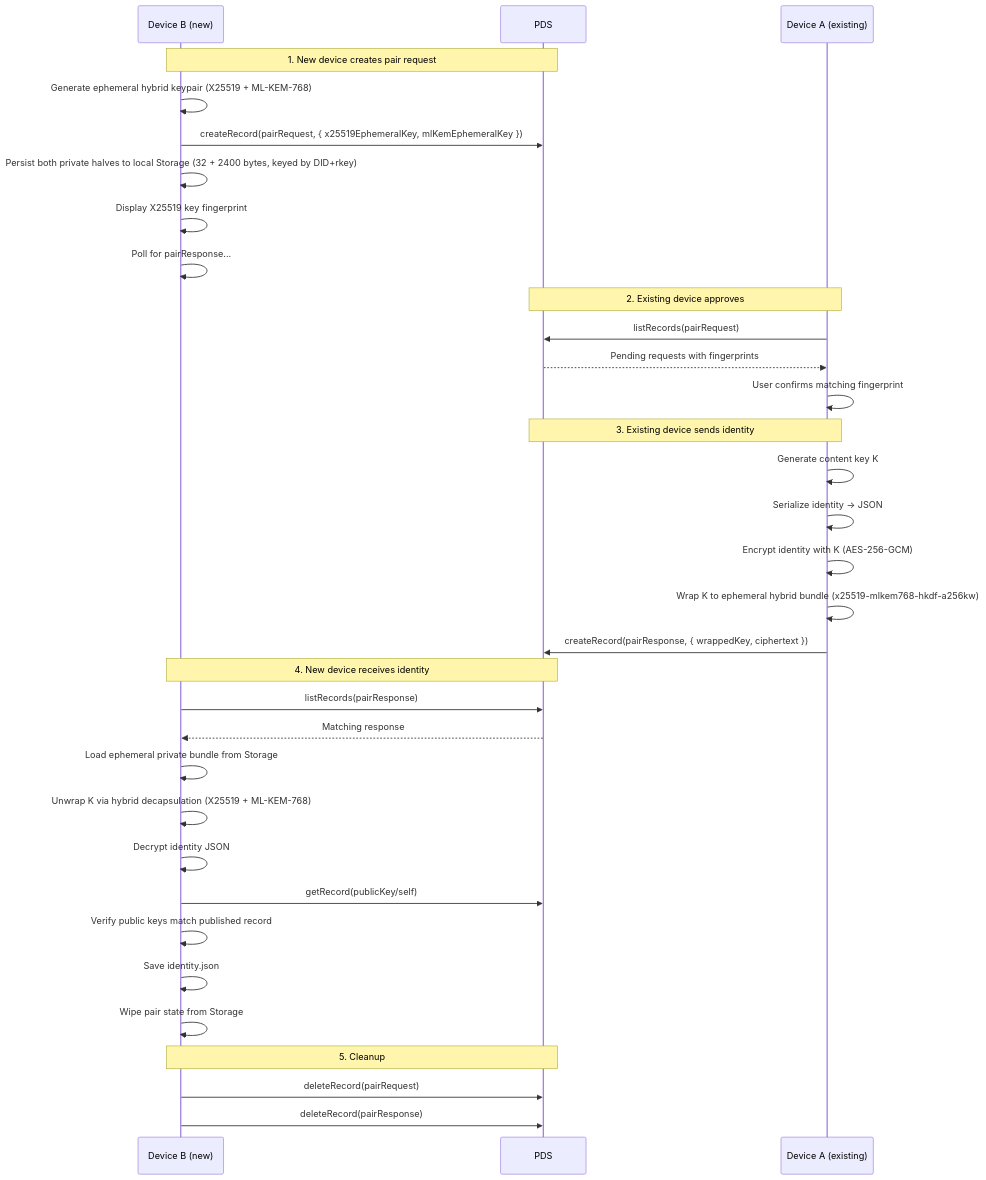
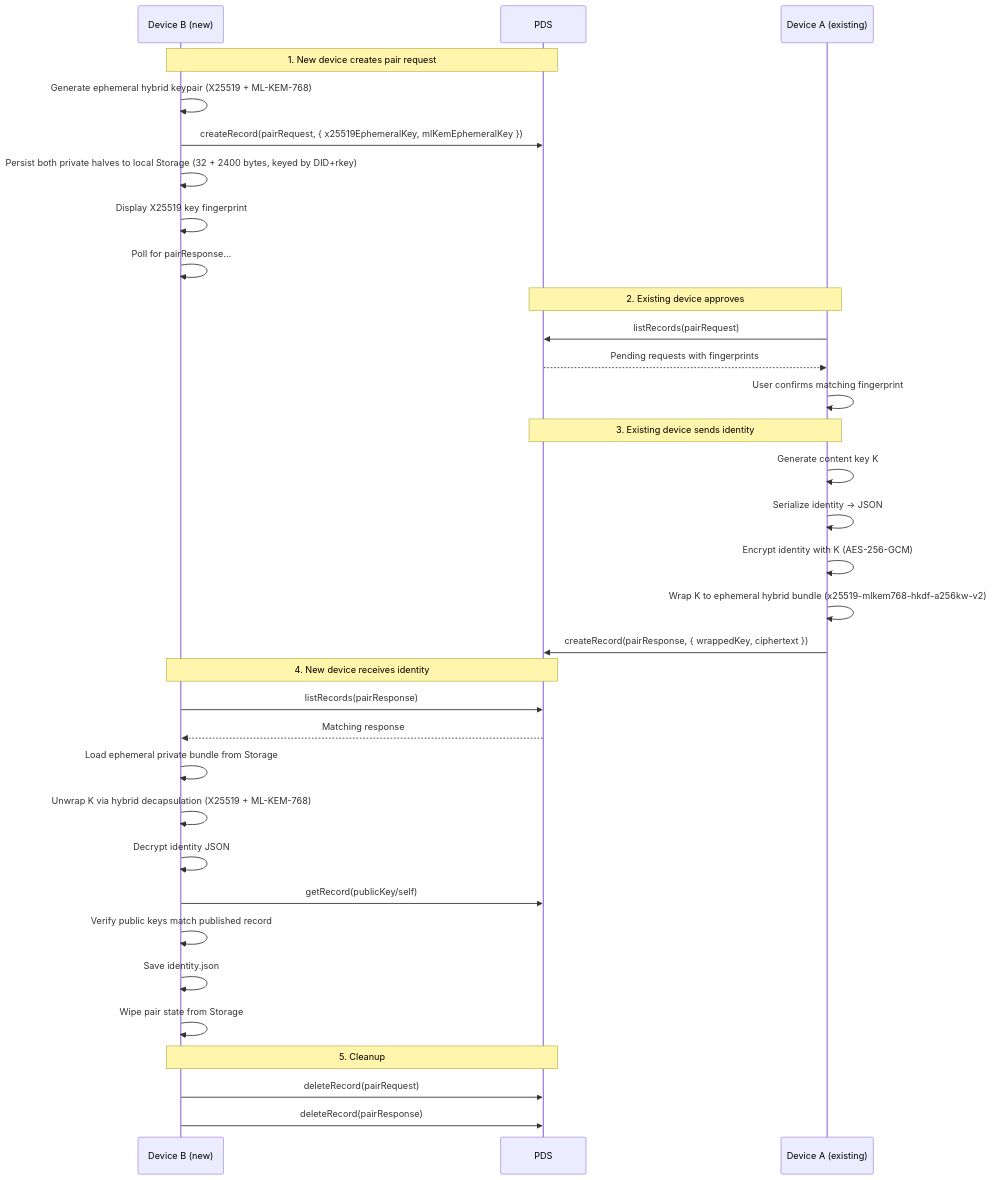
Before and after one commit to Sans-Self/Opake: the fifth of 5 diagrams in lexicons/README.md, drawn with Mermaid. The commit also changed 48 other files, not shown here.

````diff
--- a/lexicons/README.md
+++ b/lexicons/README.md
@@ -154,40 +154,40 @@
 ```mermaid
 sequenceDiagram
     participant DevB as Device B (new)
     participant PDS
     participant DevA as Device A (existing)
 
     Note over DevB,PDS: 1. New device creates pair request
     DevB->>DevB: Generate ephemeral hybrid keypair (X25519 + ML-KEM-768)
     DevB->>PDS: createRecord(pairRequest, { x25519EphemeralKey, mlKemEphemeralKey })
     DevB->>DevB: Persist both private halves to local Storage (32 + 2400 bytes, keyed by DID+rkey)
     DevB->>DevB: Display X25519 key fingerprint
     DevB->>DevB: Poll for pairResponse...
 
     Note over DevA,PDS: 2. Existing device approves
     DevA->>PDS: listRecords(pairRequest)
     PDS-->>DevA: Pending requests with fingerprints
     DevA->>DevA: User confirms matching fingerprint
 
     Note over DevA,PDS: 3. Existing device sends identity
     DevA->>DevA: Generate content key K
     DevA->>DevA: Serialize identity → JSON
     DevA->>DevA: Encrypt identity with K (AES-256-GCM)
-    DevA->>DevA: Wrap K to ephemeral hybrid bundle (x25519-mlkem768-hkdf-a256kw)
+    DevA->>DevA: Wrap K to ephemeral hybrid bundle (x25519-mlkem768-hkdf-a256kw-v2)
     DevA->>PDS: createRecord(pairResponse, { wrappedKey, ciphertext })
 
     Note over DevB,PDS: 4. New device receives identity
     DevB->>PDS: listRecords(pairResponse)
     PDS-->>DevB: Matching response
     DevB->>DevB: Load ephemeral private bundle from Storage
     DevB->>DevB: Unwrap K via hybrid decapsulation (X25519 + ML-KEM-768)
     DevB->>DevB: Decrypt identity JSON
     DevB->>PDS: getRecord(publicKey/self)
     DevB->>DevB: Verify public keys match published record
     DevB->>DevB: Save identity.json
     DevB->>DevB: Wipe pair state from Storage
 
     Note over DevB,PDS: 5. Cleanup
     DevB->>PDS: deleteRecord(pairRequest)
     DevB->>PDS: deleteRecord(pairResponse)
 ```
````
